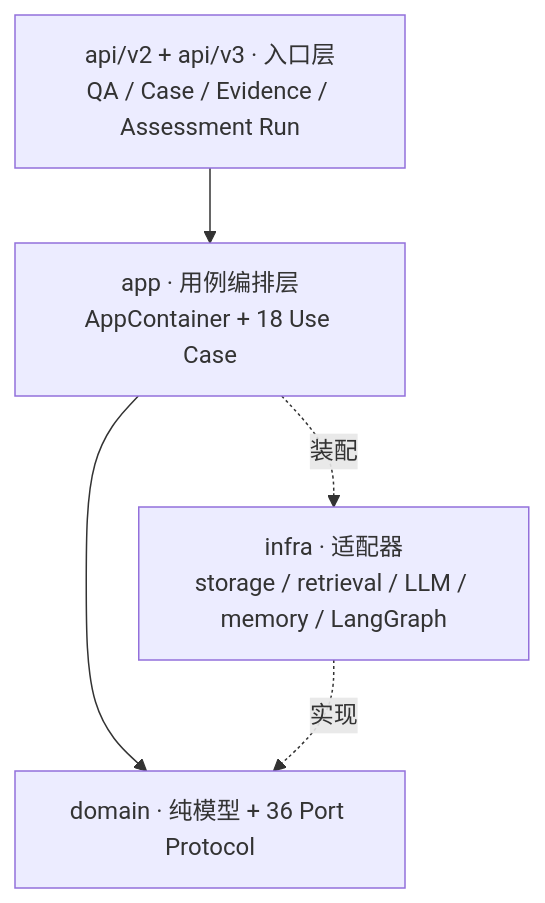
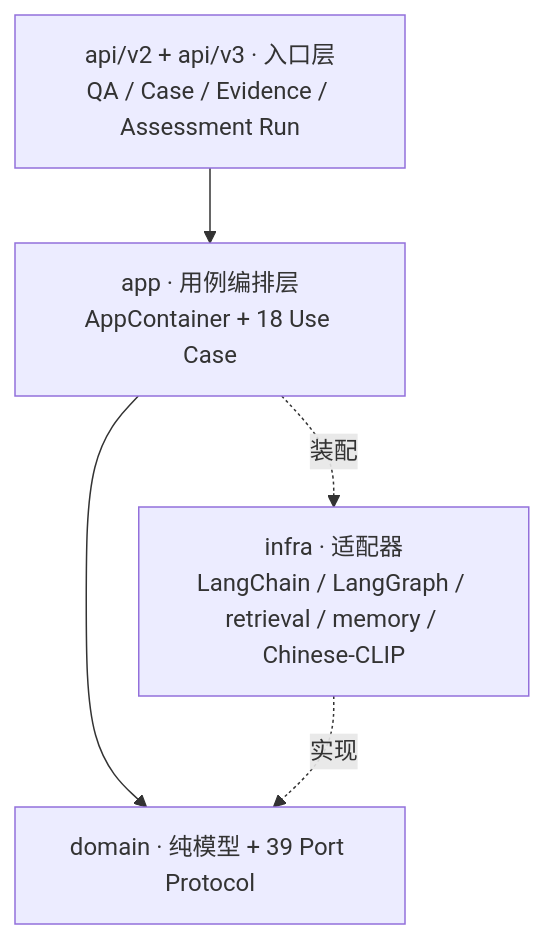
The first of 2 diagrams in README.md (Melodymll01/riskpilot-cross-border-data-agent), drawn with Mermaid before and after one commit. The commit also changed other lines of this file and 124 other files, not shown here.

````diff
--- a/README.md
+++ b/README.md
@@ -74,11 +72,11 @@
 ```mermaid
 flowchart TB
     API[api/v2 + api/v3 · 入口层<br/>QA / Case / Evidence / Assessment Run]
     APP[app · 用例编排层<br/>AppContainer + 18 Use Case]
-    DOMAIN[domain · 纯模型 + 36 Port Protocol]
-    INFRA[infra · 适配器<br/>storage / retrieval / LLM / memory / LangGraph]
+    DOMAIN[domain · 纯模型 + 39 Port Protocol]
+    INFRA[infra · 适配器<br/>LangChain / LangGraph / retrieval / memory / Chinese-CLIP]
 
     API --> APP --> DOMAIN
     INFRA -.实现.-> DOMAIN
     APP -.装配.-> INFRA
 ```
````
